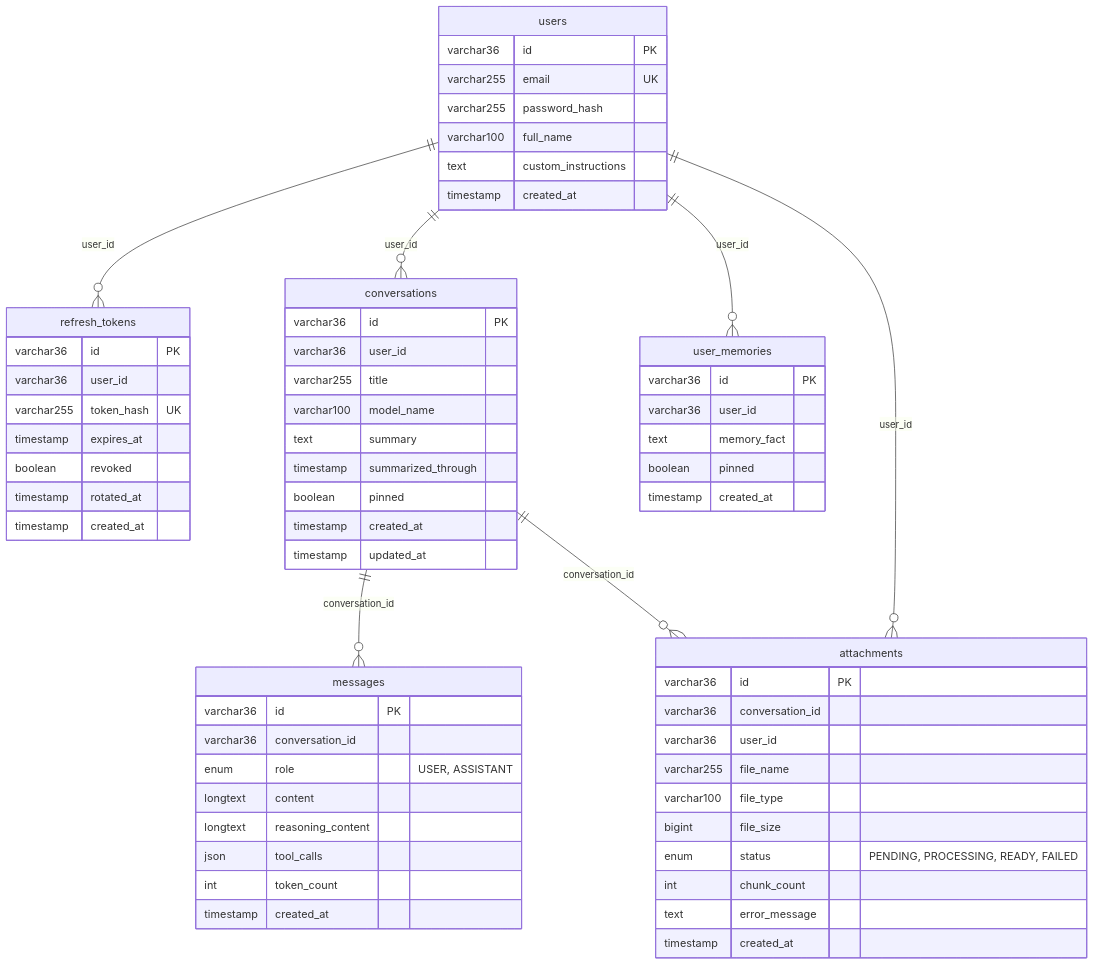
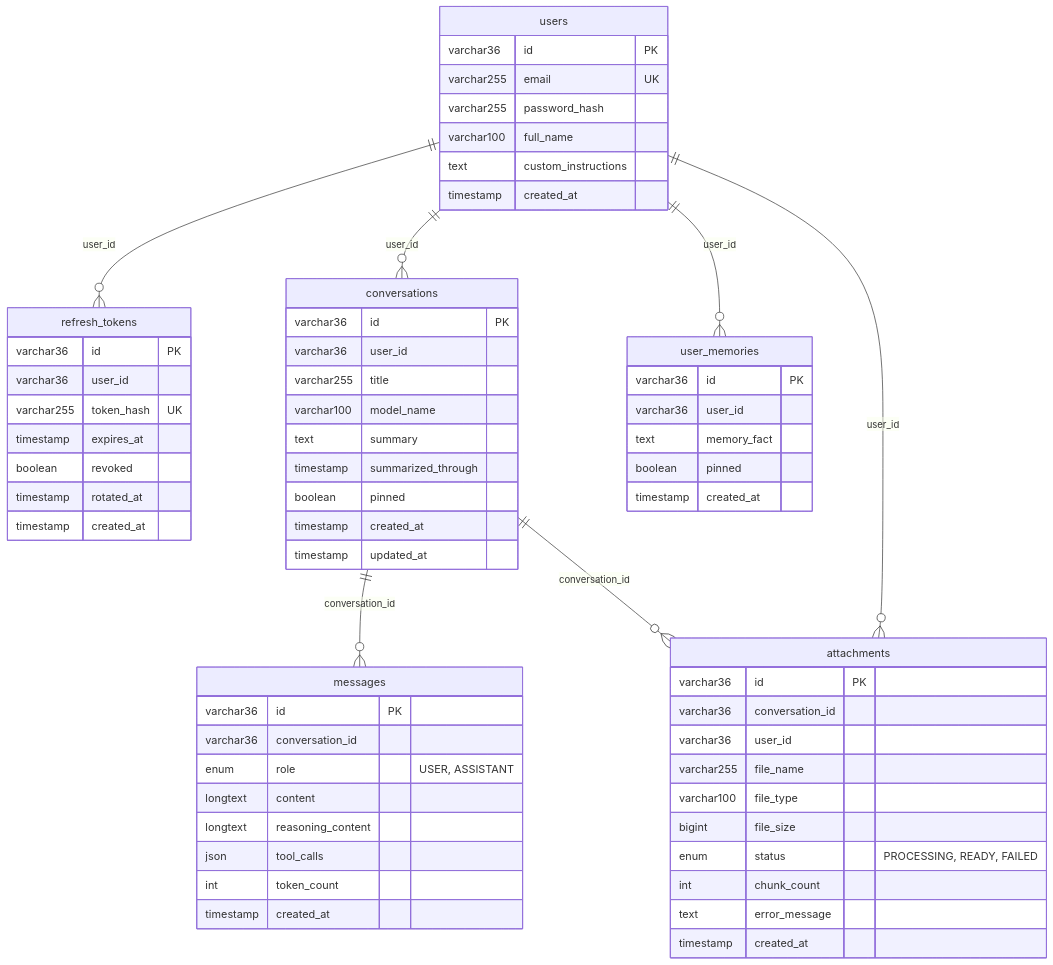
One commit to gitApurv/LocalMind changed the diagram in docs/backend/data-model.md. Above: the diagram before and after it, drawn with Mermaid. The commit also changed other lines of this file and 7 other files, not shown here.

````diff
--- a/docs/backend/data-model.md
+++ b/docs/backend/data-model.md
@@ -31,67 +36,67 @@
 ```mermaid
 erDiagram
     users ||--o{ refresh_tokens : "user_id"
     users ||--o{ conversations : "user_id"
     users ||--o{ user_memories : "user_id"
     conversations ||--o{ messages : "conversation_id"
     conversations ||--o{ attachments : "conversation_id"
     users ||--o{ attachments : "user_id"
 
     users {
         varchar36 id PK
         varchar255 email UK
         varchar255 password_hash
         varchar100 full_name
         text custom_instructions
         timestamp created_at
     }
     refresh_tokens {
         varchar36 id PK
         varchar36 user_id
         varchar255 token_hash UK
         timestamp expires_at
         boolean revoked
         timestamp rotated_at
         timestamp created_at
     }
     conversations {
         varchar36 id PK
         varchar36 user_id
         varchar255 title
         varchar100 model_name
         text summary
         timestamp summarized_through
         boolean pinned
         timestamp created_at
         timestamp updated_at
     }
     messages {
         varchar36 id PK
         varchar36 conversation_id
         enum role "USER, ASSISTANT"
         longtext content
         longtext reasoning_content
         json tool_calls
         int token_count
         timestamp created_at
     }
     attachments {
         varchar36 id PK
         varchar36 conversation_id
         varchar36 user_id
         varchar255 file_name
         varchar100 file_type
         bigint file_size
-        enum status "PENDING, PROCESSING, READY, FAILED"
+        enum status "PROCESSING, READY, FAILED"
         int chunk_count
         text error_message
         timestamp created_at
     }
     user_memories {
         varchar36 id PK
         varchar36 user_id
         text memory_fact
         boolean pinned
         timestamp created_at
     }
 ```
````
